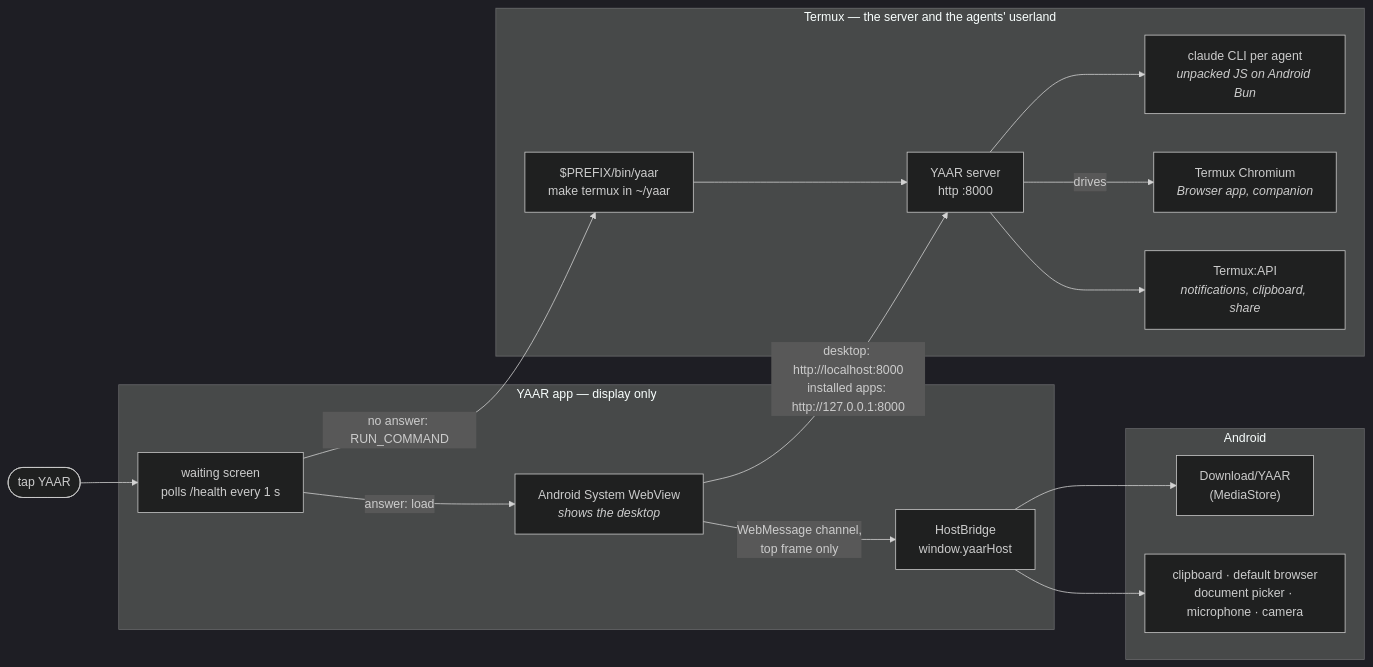
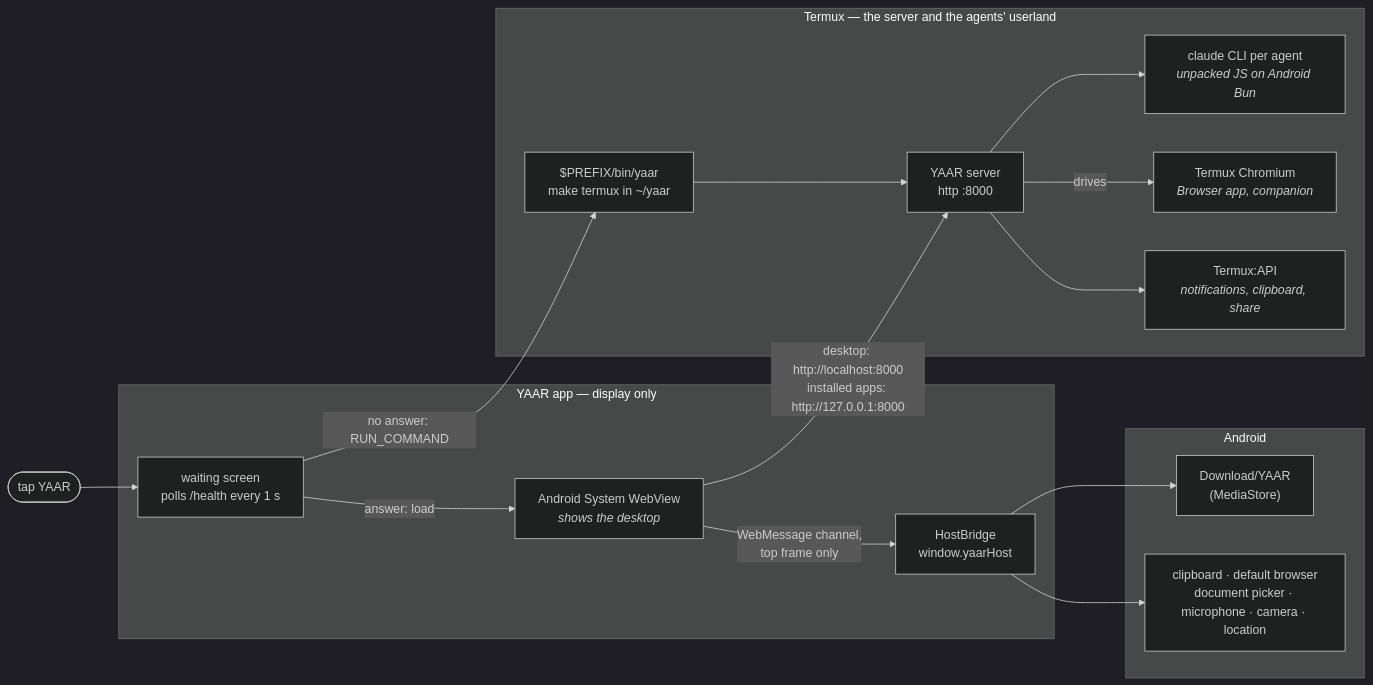
The diagram in docs/installations/android.md (sorryhyun/yaar), drawn with Mermaid (dark theme) before and after one commit. The commit also changed other lines of this file and 8 other files, not shown here.

````diff
--- a/docs/installations/android.md
+++ b/docs/installations/android.md
@@ -24,35 +24,35 @@
 ```mermaid
 flowchart LR
   you(["tap YAAR"])
 
   subgraph apk["YAAR app — display only"]
     wait["waiting screen<br/>polls /health every 1 s"]
     web["Android System WebView<br/><i>shows the desktop</i>"]
     host["HostBridge<br/>window.yaarHost"]
   end
 
   subgraph termux["Termux — the server and the agents' userland"]
     yaar["$PREFIX/bin/yaar<br/>make termux in ~/yaar"]
     server["YAAR server<br/>http :8000"]
     claude["claude CLI per agent<br/><i>unpacked JS on Android Bun</i>"]
     chromium["Termux Chromium<br/><i>Browser app, companion</i>"]
     api["Termux:API<br/><i>notifications, clipboard, share</i>"]
   end
 
   subgraph android["Android"]
     media["Download/YAAR<br/>(MediaStore)"]
-    clip["clipboard · default browser<br/>document picker · microphone · camera"]
+    clip["clipboard · default browser<br/>document picker · microphone · camera · location"]
   end
 
   you --> wait
   wait -- "no answer: RUN_COMMAND" --> yaar
   yaar --> server
   wait -- "answer: load" --> web
   web -- "desktop: http://localhost:8000<br/>installed apps: http://127.0.0.1:8000" --> server
   web -- "WebMessage channel,<br/>top frame only" --> host
   host --> media
   host --> clip
   server --> claude
   server -- "drives" --> chromium
   server --> api
 ```
````
